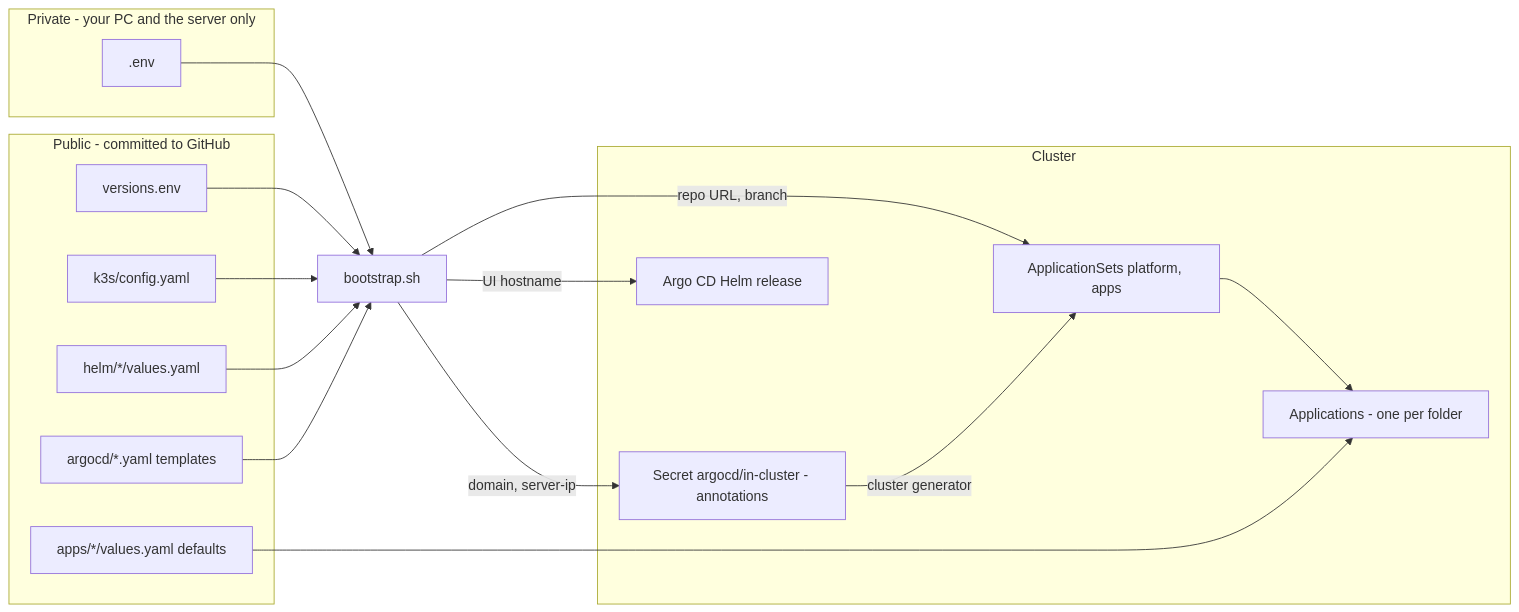
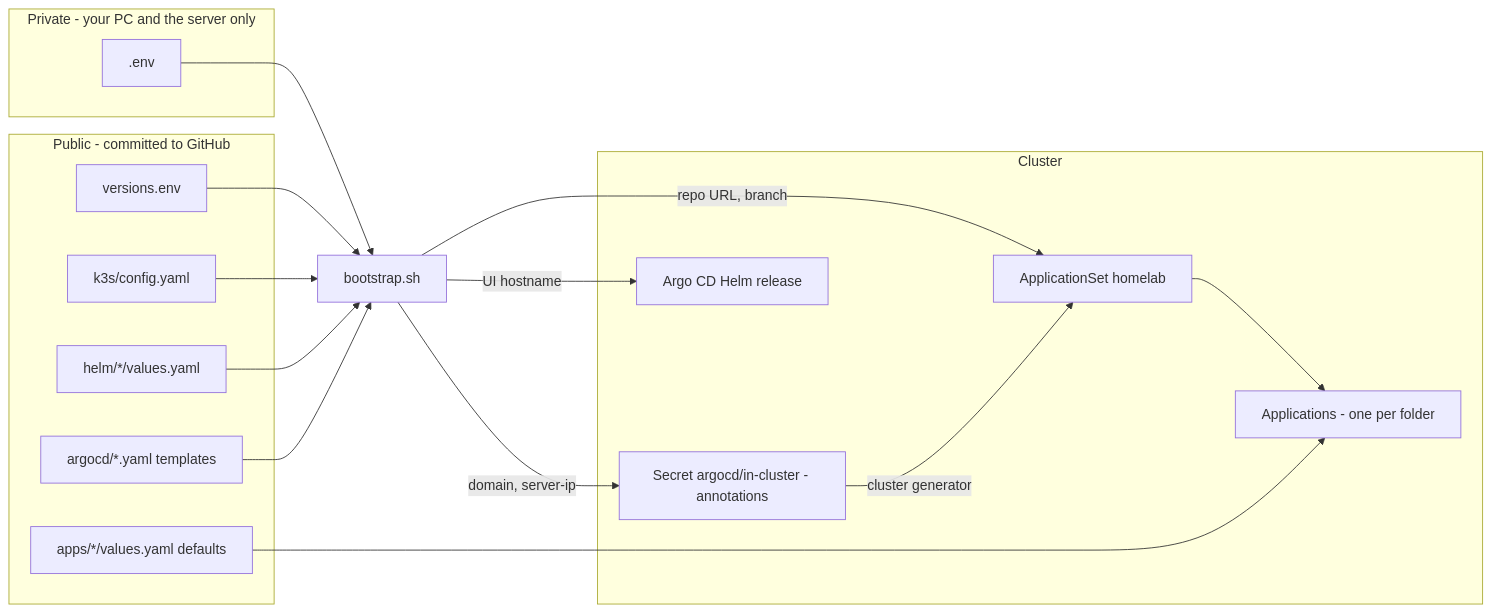
The diagram in docs/configuration.md (Elouel/homelab), drawn with Mermaid before and after one commit. The commit also changed other lines of this file and 29 other files, not shown here.

````diff
--- a/docs/configuration.md
+++ b/docs/configuration.md
@@ -6,30 +6,30 @@
 ```mermaid
 flowchart LR
   subgraph PUB["Public - committed to GitHub"]
     V["versions.env"]
     K["k3s/config.yaml"]
     HV["helm/*/values.yaml"]
     AS["argocd/*.yaml templates"]
     AV["apps/*/values.yaml defaults"]
   end
   subgraph PRIV["Private - your PC and the server only"]
     E[".env"]
   end
   subgraph CL["Cluster"]
     CS["Secret argocd/in-cluster - annotations"]
     AR["Argo CD Helm release"]
-    ASC["ApplicationSets platform, apps"]
+    ASC["ApplicationSet homelab"]
     REL["Applications - one per folder"]
   end
   V --> BS["bootstrap.sh"]
   K --> BS
   HV --> BS
   E --> BS
   AS --> BS
   BS -->|"domain, server-ip"| CS
   BS -->|"UI hostname"| AR
   BS -->|"repo URL, branch"| ASC
   CS -->|"cluster generator"| ASC
   ASC --> REL
   AV --> REL
 ```
````
